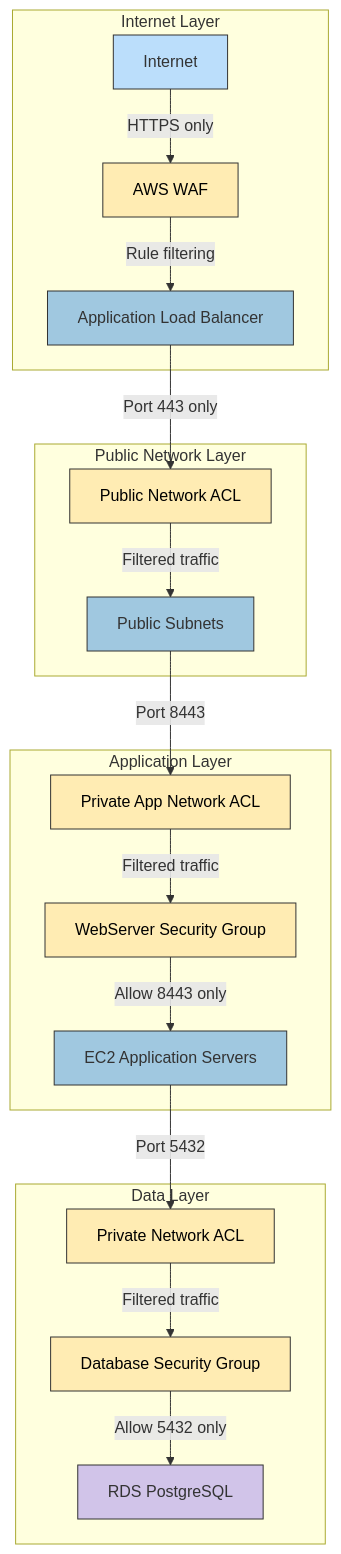
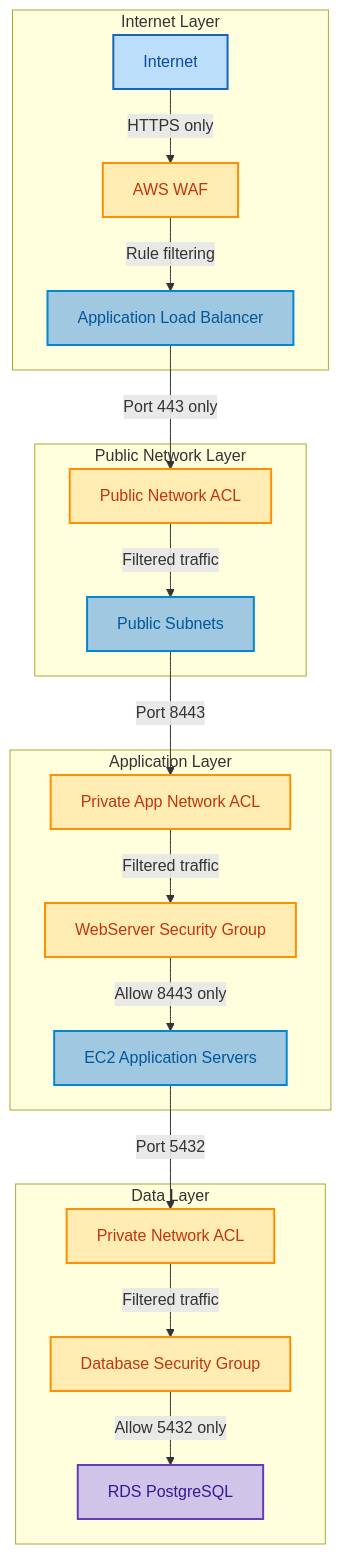
Before and after one commit to Hack23/cia: the second of 12 diagrams in SECURITY_ARCHITECTURE.md, drawn with Mermaid. The commit also changed other lines of this file, not shown here.

````diff
--- a/SECURITY_ARCHITECTURE.md
+++ b/SECURITY_ARCHITECTURE.md
@@ -105,36 +109,36 @@
 ```mermaid
 graph TD
+    %% Node styling classes
+    classDef internetNode fill:#bbdefb,stroke:#1565c0,stroke-width:2px,color:#0d47a1
+    classDef securityNode fill:#ffecb3,stroke:#ff8f00,stroke-width:2px,color:#bf360c
+    classDef networkNode fill:#a0c8e0,stroke:#0288d1,stroke-width:2px,color:#01579b
+    classDef databaseNode fill:#d1c4e9,stroke:#673ab7,stroke-width:2px,color:#311b92
+    
     subgraph "Internet Layer"
         A[Internet] -->|HTTPS only| B[AWS WAF]
         B -->|Rule filtering| C[Application Load Balancer]
     end
     
     subgraph "Public Network Layer"
         C -->|Port 443 only| D[Public Network ACL]
         D -->|Filtered traffic| E[Public Subnets]
     end
     
     subgraph "Application Layer"
         E -->|Port 8443| F[Private App Network ACL]
         F -->|Filtered traffic| G[WebServer Security Group]
         G -->|Allow 8443 only| H[EC2 Application Servers]
     end
     
     subgraph "Data Layer"
         H -->|Port 5432| I[Private Network ACL]
         I -->|Filtered traffic| J[Database Security Group]
         J -->|Allow 5432 only| K[RDS PostgreSQL]
     end
     
-    style A fill:#bbdefb,stroke:#333,stroke-width:1px
-    style B fill:#ffecb3,stroke:#333,stroke-width:1px,color:black
-    style C fill:#a0c8e0,stroke:#333,stroke-width:1px
-    style D fill:#ffecb3,stroke:#333,stroke-width:1px,color:black
-    style E fill:#a0c8e0,stroke:#333,stroke-width:1px
-    style F fill:#ffecb3,stroke:#333,stroke-width:1px,color:black
-    style G fill:#ffecb3,stroke:#333,stroke-width:1px,color:black
-    style H fill:#a0c8e0,stroke:#333,stroke-width:1px
-    style I fill:#ffecb3,stroke:#333,stroke-width:1px,color:black
-    style J fill:#ffecb3,stroke:#333,stroke-width:1px,color:black
-    style K fill:#d1c4e9,stroke:#333,stroke-width:1px
+    %% Apply styling classes
+    class A internetNode
+    class B,D,F,G,I,J securityNode
+    class C,E,H networkNode
+    class K databaseNode
 ```
````
